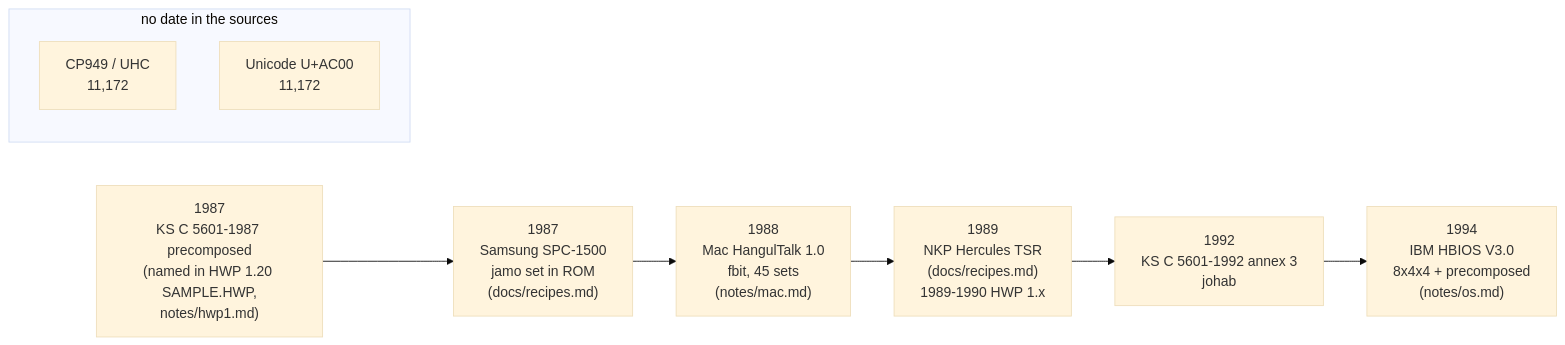
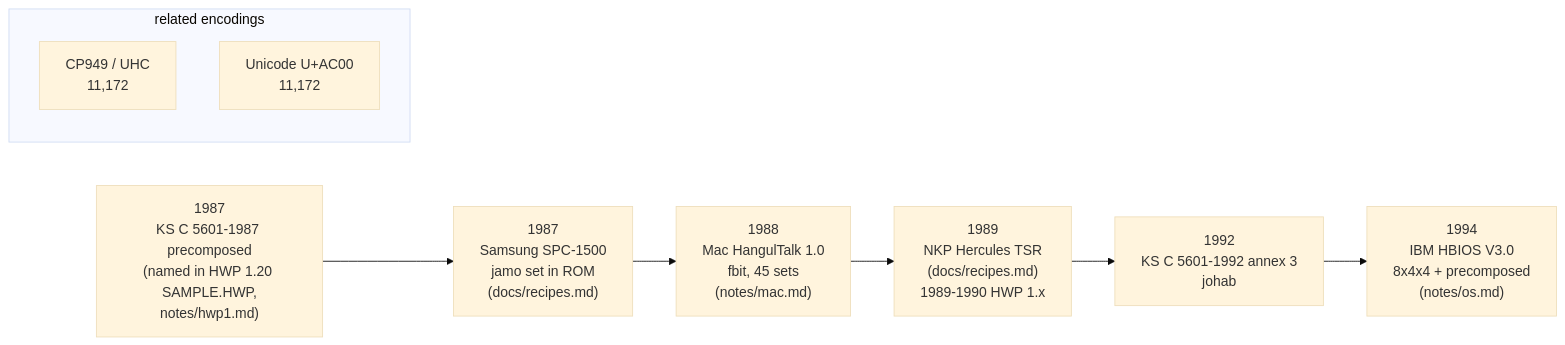
One commit to TaehyunKimLL/svf-fonts-open changed the sixth of 27 diagrams in docs/jamo-sets.md. Above: the diagram before and after it, drawn with Mermaid (base theme). The commit also changed other lines of this file and 3 other files, not shown here.

````diff
--- a/docs/jamo-sets.md
+++ b/docs/jamo-sets.md
@@ -213,14 +220,14 @@
 ```mermaid
 flowchart LR
   A["1987<br/>KS C 5601-1987 precomposed<br/>(named in HWP 1.20 SAMPLE.HWP,<br/>notes/hwp1.md)"]
   B["1987<br/>Samsung SPC-1500<br/>jamo set in ROM<br/>(docs/recipes.md)"]
   C["1988<br/>Mac HangulTalk 1.0<br/>fbit, 45 sets<br/>(notes/mac.md)"]
   D["1989<br/>NKP Hercules TSR<br/>(docs/recipes.md)<br/>1989-1990 HWP 1.x"]
   E["1992<br/>KS C 5601-1992 annex 3<br/>johab"]
   F["1994<br/>IBM HBIOS V3.0<br/>8x4x4 + precomposed<br/>(notes/os.md)"]
   A --> B --> C --> D --> E --> F
-  subgraph N["no date in the sources"]
+  subgraph N["related encodings"]
     G["CP949 / UHC<br/>11,172"]
     H["Unicode U+AC00<br/>11,172"]
   end
 ```
````
